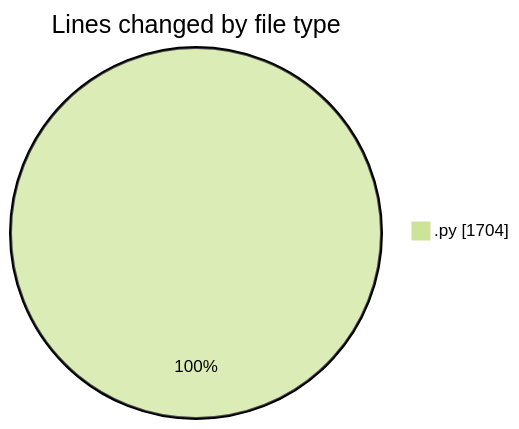
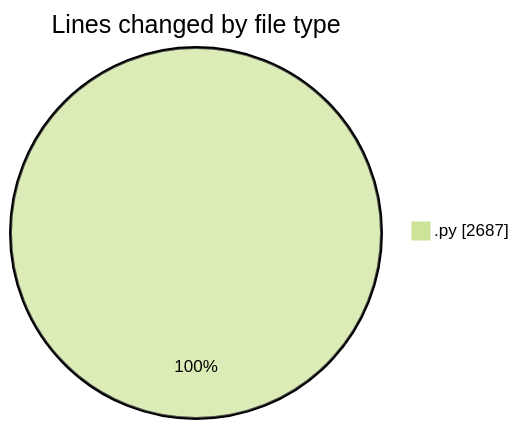
One commit to julien-gomy/code-tracking changed the first of 2 diagrams in 2025-11-24/eventscop-api-guide__workspace_/README.md. Above: the diagram before and after it, drawn with Mermaid (forest theme). The commit also changed other lines of this file and 1 other file, not shown here.

````diff
--- a/2025-11-24/eventscop-api-guide__workspace_/README.md
+++ b/2025-11-24/eventscop-api-guide__workspace_/README.md
@@ -23,5 +24,5 @@
 ```mermaid
 pie showData
 title Lines changed by file type
-".py" : 1704
+".py" : 2687
 ```
````
